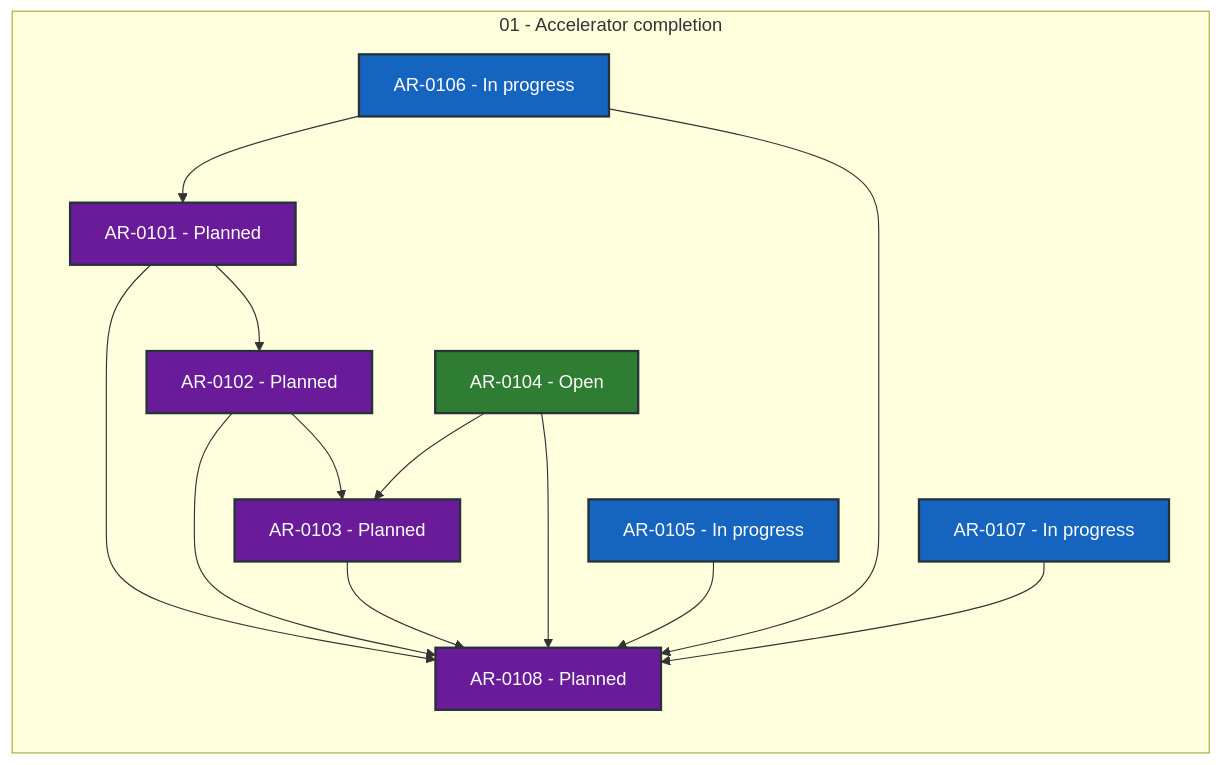
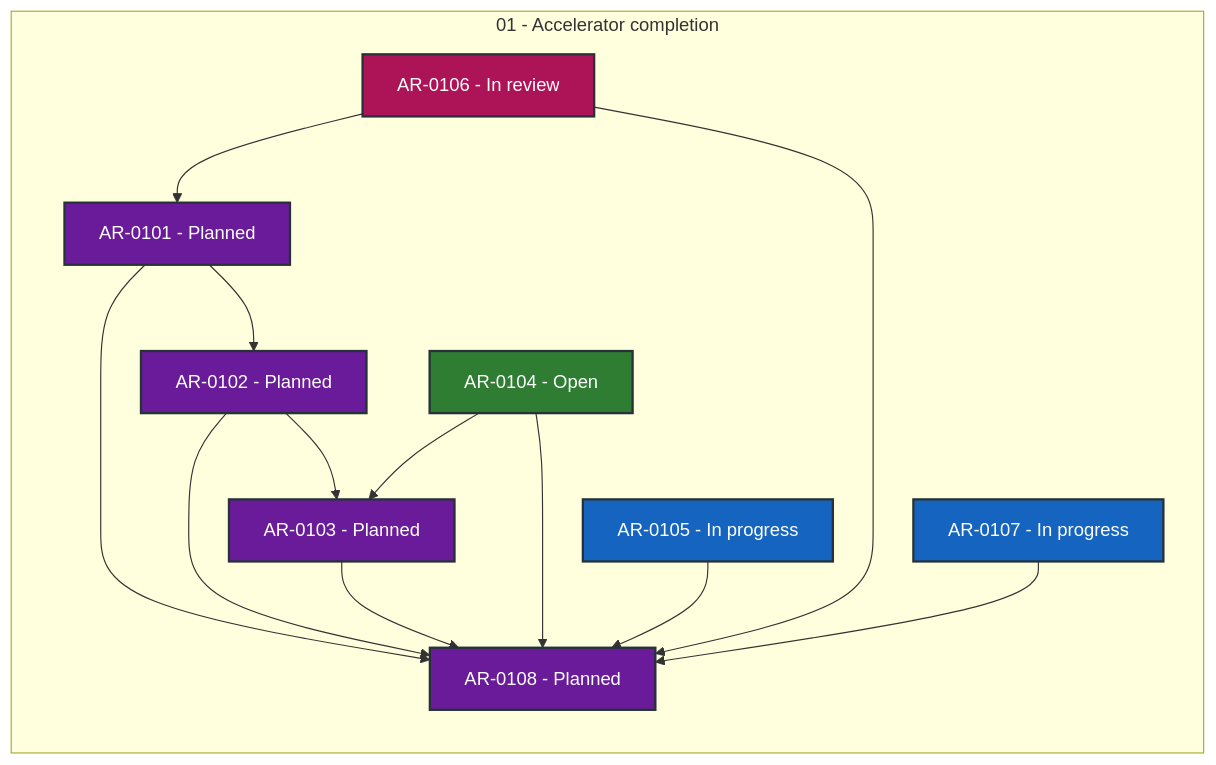
The diagram in coordination/STATUS.md (locutus3009/exgame), drawn with Mermaid before and after one commit. The commit also changed other lines of this file and 2 other files, not shown here.

````diff
--- a/coordination/STATUS.md
+++ b/coordination/STATUS.md
@@ -28,34 +28,34 @@
 ```mermaid
 flowchart LR
     subgraph series_01["01 - Accelerator completion"]
         direction TB
         AR_0101["AR-0101 - Planned"]:::status_planned
         AR_0102["AR-0102 - Planned"]:::status_planned
         AR_0103["AR-0103 - Planned"]:::status_planned
         AR_0104["AR-0104 - Open"]:::status_open
         AR_0105["AR-0105 - In progress"]:::status_in_progress
-        AR_0106["AR-0106 - In progress"]:::status_in_progress
+        AR_0106["AR-0106 - In review"]:::status_in_review
         AR_0107["AR-0107 - In progress"]:::status_in_progress
         AR_0108["AR-0108 - Planned"]:::status_planned
     end
     AR_0101 --> AR_0102
     AR_0101 --> AR_0108
     AR_0102 --> AR_0103
     AR_0102 --> AR_0108
     AR_0103 --> AR_0108
     AR_0104 --> AR_0103
     AR_0104 --> AR_0108
     AR_0105 --> AR_0108
     AR_0106 --> AR_0101
     AR_0106 --> AR_0108
     AR_0107 --> AR_0108
     classDef status_in_progress fill:#1565c0,color:#ffffff,stroke:#263238,stroke-width:2px
     classDef status_in_review fill:#ad1457,color:#ffffff,stroke:#263238,stroke-width:2px
     classDef status_open fill:#2e7d32,color:#ffffff,stroke:#263238,stroke-width:2px
     classDef status_blocked fill:#c62828,color:#ffffff,stroke:#263238,stroke-width:2px
     classDef status_planned fill:#6a1b9a,color:#ffffff,stroke:#263238,stroke-width:2px
     classDef status_future fill:#455a64,color:#ffffff,stroke:#263238,stroke-width:2px
     classDef status_done fill:#00695c,color:#ffffff,stroke:#263238,stroke-width:2px
     classDef status_cancelled fill:#616161,color:#ffffff,stroke:#263238,stroke-width:2px
     classDef status_superseded fill:#5d4037,color:#ffffff,stroke:#263238,stroke-width:2px
 ```
````
